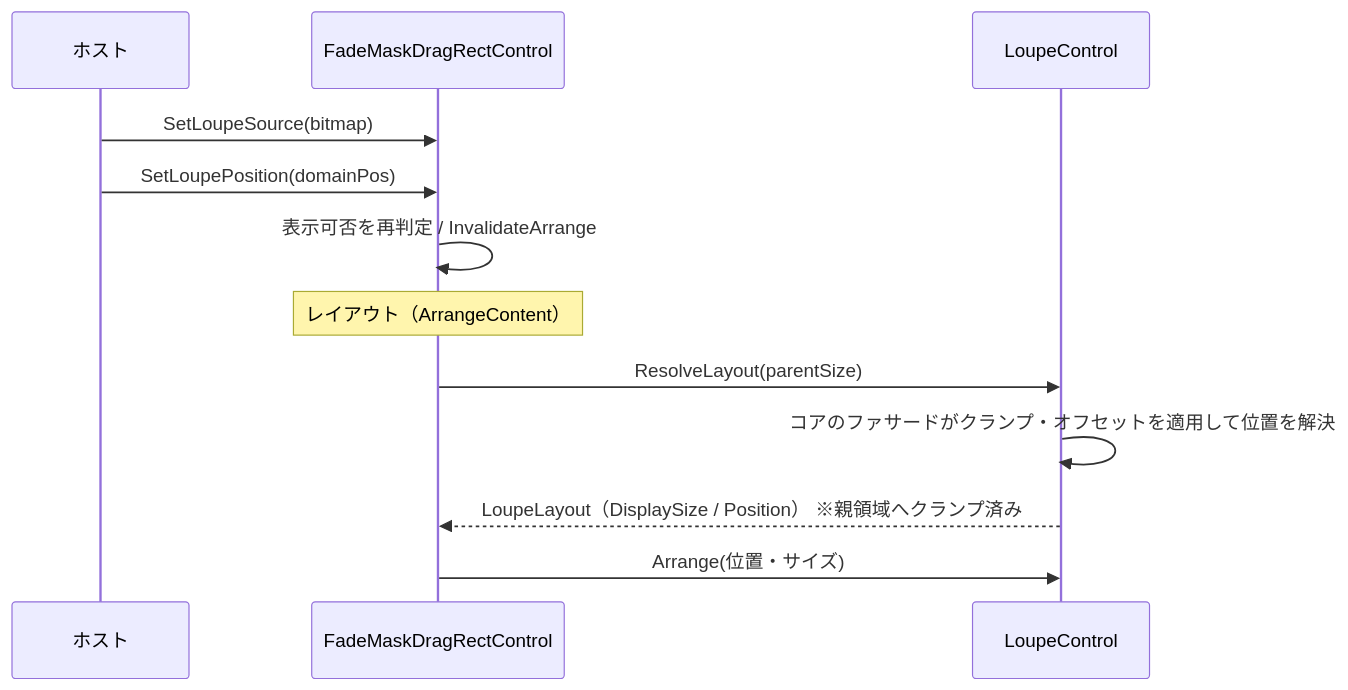
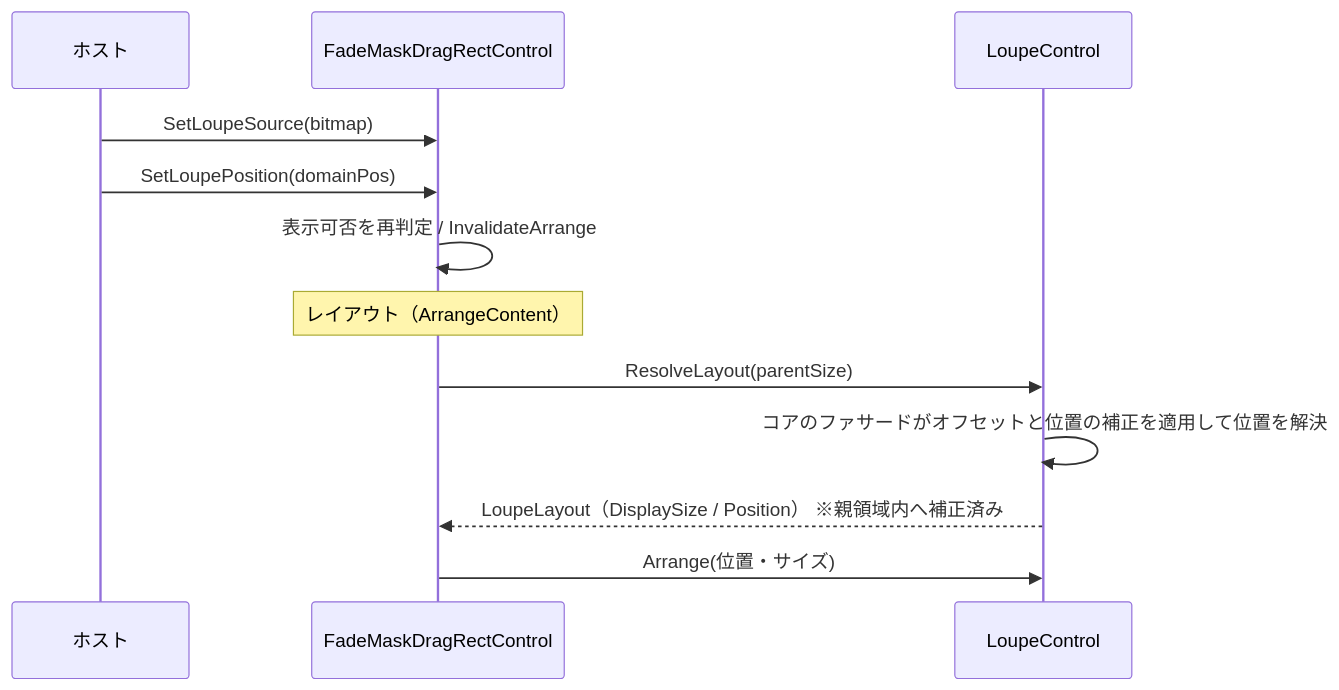
Before and after one commit to tomokuni/SaveEvidence: the fourth of 4 diagrams in src/FadeMaskDragRectControl.MewUI/SPEC_System.md, drawn with Mermaid. The commit also changed other lines of this file and 32 other files, not shown here.

````diff
--- a/src/FadeMaskDragRectControl.MewUI/SPEC_System.md
+++ b/src/FadeMaskDragRectControl.MewUI/SPEC_System.md
@@ -214,15 +214,15 @@
 ```mermaid
 sequenceDiagram
     participant Host as ホスト
     participant Facade as FadeMaskDragRectControl
     participant Loupe as LoupeControl
 
     Host->>Facade: SetLoupeSource(bitmap)
     Host->>Facade: SetLoupePosition(domainPos)
     Facade->>Facade: 表示可否を再判定 / InvalidateArrange
     Note over Facade: レイアウト（ArrangeContent）
     Facade->>Loupe: ResolveLayout(parentSize)
-    Loupe->>Loupe: コアのファサードがクランプ・オフセットを適用して位置を解決
-    Loupe-->>Facade: LoupeLayout（DisplaySize / Position）  ※親領域へクランプ済み
+    Loupe->>Loupe: コアのファサードがオフセットと位置の補正を適用して位置を解決
+    Loupe-->>Facade: LoupeLayout（DisplaySize / Position）  ※親領域内へ補正済み
     Facade->>Loupe: Arrange(位置・サイズ)
 ```
````
